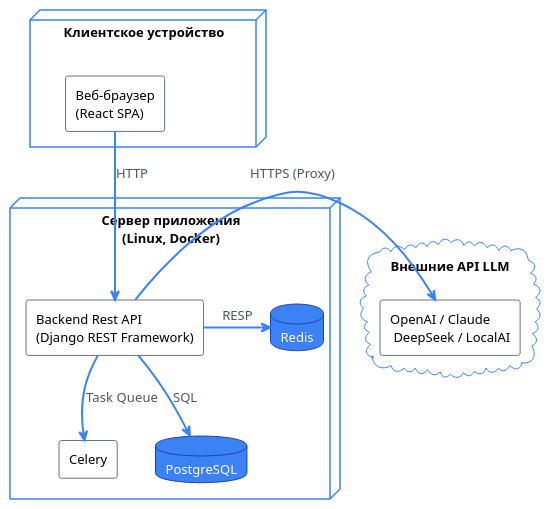
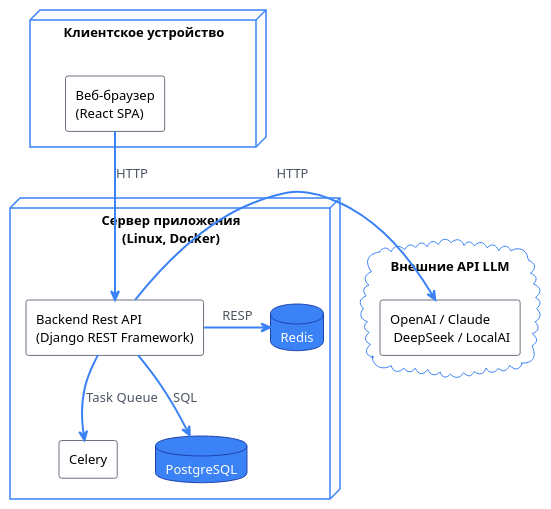
One commit to mrgick/llm_bench changed the diagram in diagramms/server.puml. Above: the diagram before and after it, drawn with PlantUML. The commit also changed 1 other file, not shown here.

```diff
--- a/diagramms/server.puml
+++ b/diagramms/server.puml
@@ -1,74 +1,74 @@
 @startuml
 !theme plain
 skinparam backgroundColor #FFFFFF
 skinparam defaultFontName Arial
 skinparam defaultFontSize 13
 
 ' Стилизация как на примере (синие границы, белый фон)
 skinparam node {
     BackgroundColor #FFFFFF
     BorderColor #3B82F6
     FontColor Black
     FontStyle bold
     BorderThickness 1.5
 }
 
 skinparam component {
     BackgroundColor #FFFFFF
     BorderColor #6B7280
     FontColor Black
     Style rectangle
 }
 
 skinparam database {
     BackgroundColor #3B82F6
     BorderColor #1E40AF
     FontColor White
 }
 
 skinparam cloud {
     BackgroundColor #FFFFFF
     BorderColor #3B82F6
 }
 
 skinparam arrow {
     Color #3B82F6
     Thickness 2
     FontColor #4B5563
 }
 
 ' --- 1. Клиент ---
 node "Клиентское устройство" as ClientNode {
     component "Веб-браузер\n(React SPA)" as Browser
 }
 
 ' --- 2. Сервер ---
 node "Сервер приложения\n(Linux, Docker)" as ServerNode {
     
     component "Backend Rest API\n(Django REST Framework)" as Backend
     
     component "Celery" as Celery
     
     database "PostgreSQL" as SQLite
     database "Redis" as Redis
 }
 
 ' --- 3. Внешние системы ---
 cloud "Внешние API LLM" as ExternalCloud {
     component "OpenAI / Claude \n DeepSeek / LocalAI" as LLM_APIs
 }
 
 ' --- Связи ---
 
 ' Клиент -> Сервер
 Browser -down-> Backend : HTTP
 
 ' Внутри сервера
 Backend -down-> SQLite : SQL
 Backend -right-> Redis : RESP
 Backend -down-> Celery : Task Queue
 
 ' Сервер -> Внешний мир
-Backend -right-> LLM_APIs : HTTPS (Proxy)
+Backend -right-> LLM_APIs : HTTP
 
 @enduml
```
